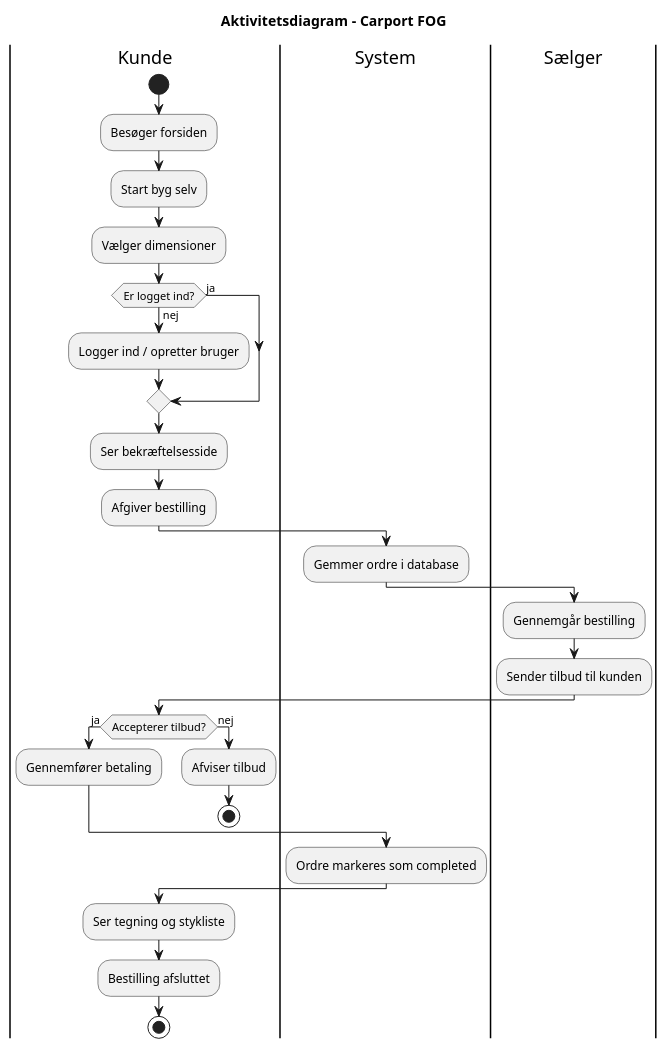
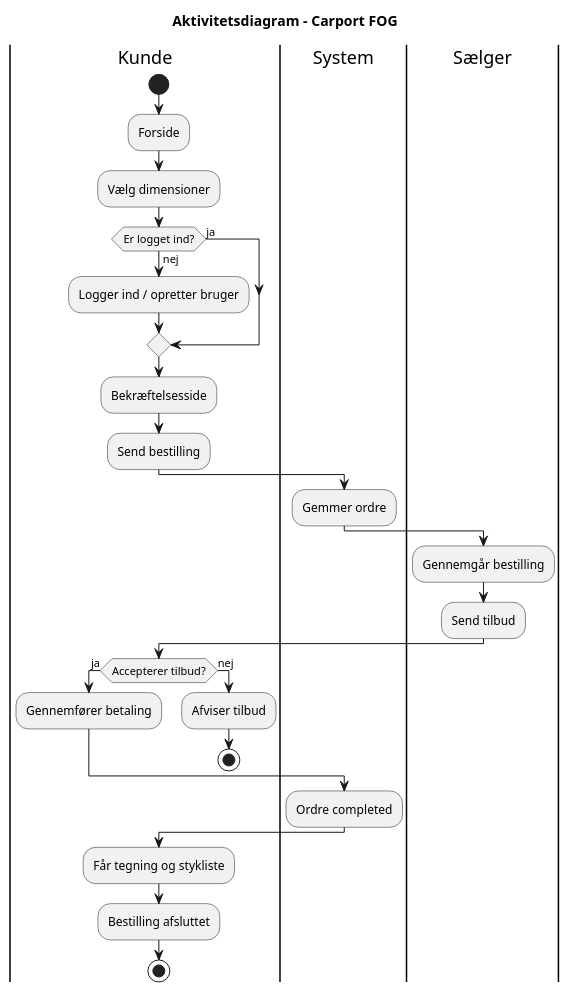
The diagram in src/main/resources/uml/AktivitetsDiagram-carport.puml (EmilOzel/Carport-FOG), drawn with PlantUML before and after one commit.

Commit message:
Aktivitetsdiagram.p2

```diff
--- a/src/main/resources/uml/AktivitetsDiagram-carport.puml
+++ b/src/main/resources/uml/AktivitetsDiagram-carport.puml
@@ -1,43 +1,42 @@
 @startuml
 
 title Aktivitetsdiagram – Carport FOG
 
 |Kunde|
 start
 
-:Besøger forsiden;
-:Start byg selv;
-:Vælger dimensioner;
+:Forside;
+:Vælg dimensioner;
 
 if (Er logget ind?) then (nej)
   :Logger ind / opretter bruger;
 else (ja)
 endif
 
-:Ser bekræftelsesside;
-:Afgiver bestilling;
+:Bekræftelsesside;
+:Send bestilling;
 
 |System|
-:Gemmer ordre i database;
+:Gemmer ordre;
 
 |Sælger|
 :Gennemgår bestilling;
-:Sender tilbud til kunden;
+:Send tilbud;
 
 |Kunde|
 if (Accepterer tilbud?) then (ja)
   :Gennemfører betaling;
 else (nej)
   :Afviser tilbud;
   stop
 endif
 
 |System|
-:Ordre markeres som completed;
+:Ordre completed;
 
 |Kunde|
-:Ser tegning og stykliste;
+:Får tegning og stykliste;
 :Bestilling afsluttet;
 stop
 
 @enduml
```
